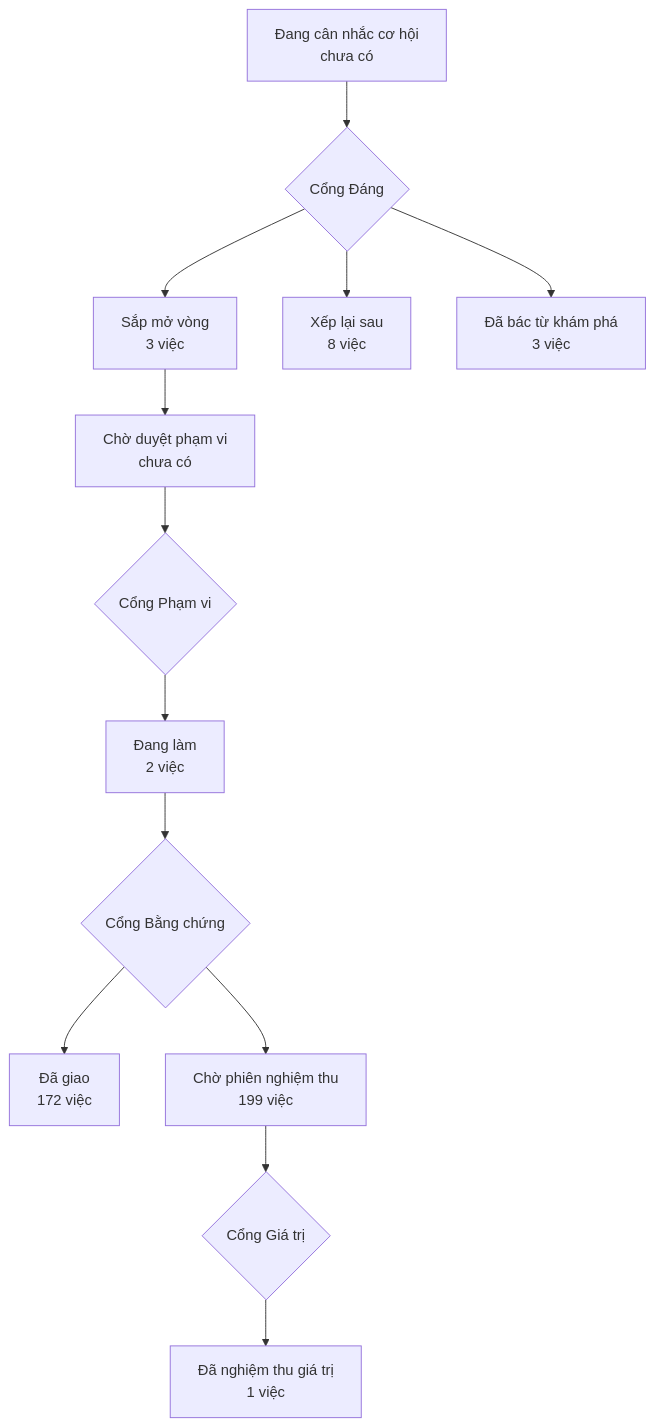
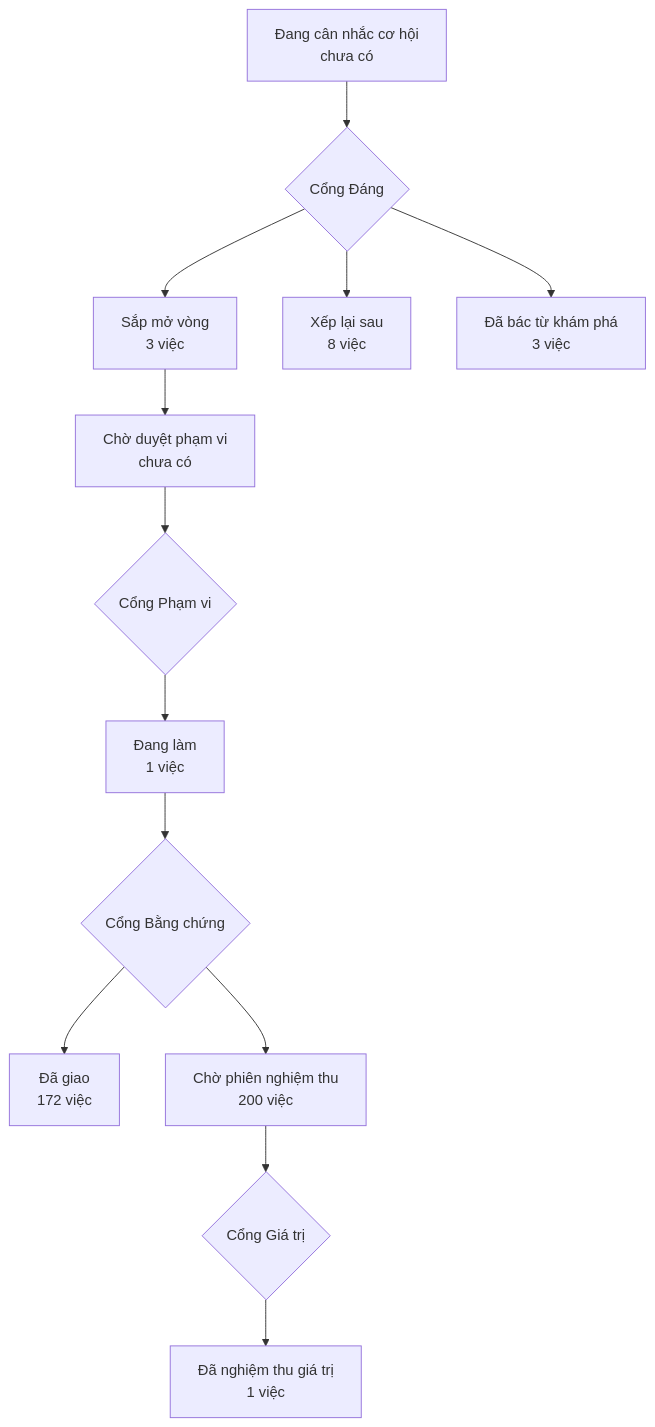
One commit to phanlemanh/crm-onehub changed the diagram in PRODUCT-MAP.md. Above: the diagram before and after it, drawn with Mermaid. The commit also changed 4 other files, not shown here.

````diff
--- a/PRODUCT-MAP.md
+++ b/PRODUCT-MAP.md
@@ -7,12 +7,12 @@
 ```mermaid
 flowchart TD
   A["Đang cân nhắc cơ hội<br/>chưa có"] --> GD{"Cổng Đáng"}
   GD --> B["Sắp mở vòng<br/>3 việc"]
   GD --> XL["Xếp lại sau<br/>8 việc"]
   GD --> DB["Đã bác từ khám phá<br/>3 việc"]
   B --> CD["Chờ duyệt phạm vi<br/>chưa có"] --> GP{"Cổng Phạm vi"}
-  GP --> DL["Đang làm<br/>2 việc"] --> GB{"Cổng Bằng chứng"}
+  GP --> DL["Đang làm<br/>1 việc"] --> GB{"Cổng Bằng chứng"}
   GB --> DG["Đã giao<br/>172 việc"]
-  GB --> CN["Chờ phiên nghiệm thu<br/>199 việc"] --> GG{"Cổng Giá trị"}
+  GB --> CN["Chờ phiên nghiệm thu<br/>200 việc"] --> GG{"Cổng Giá trị"}
   GG --> NT["Đã nghiệm thu giá trị<br/>1 việc"]
 ```
````
